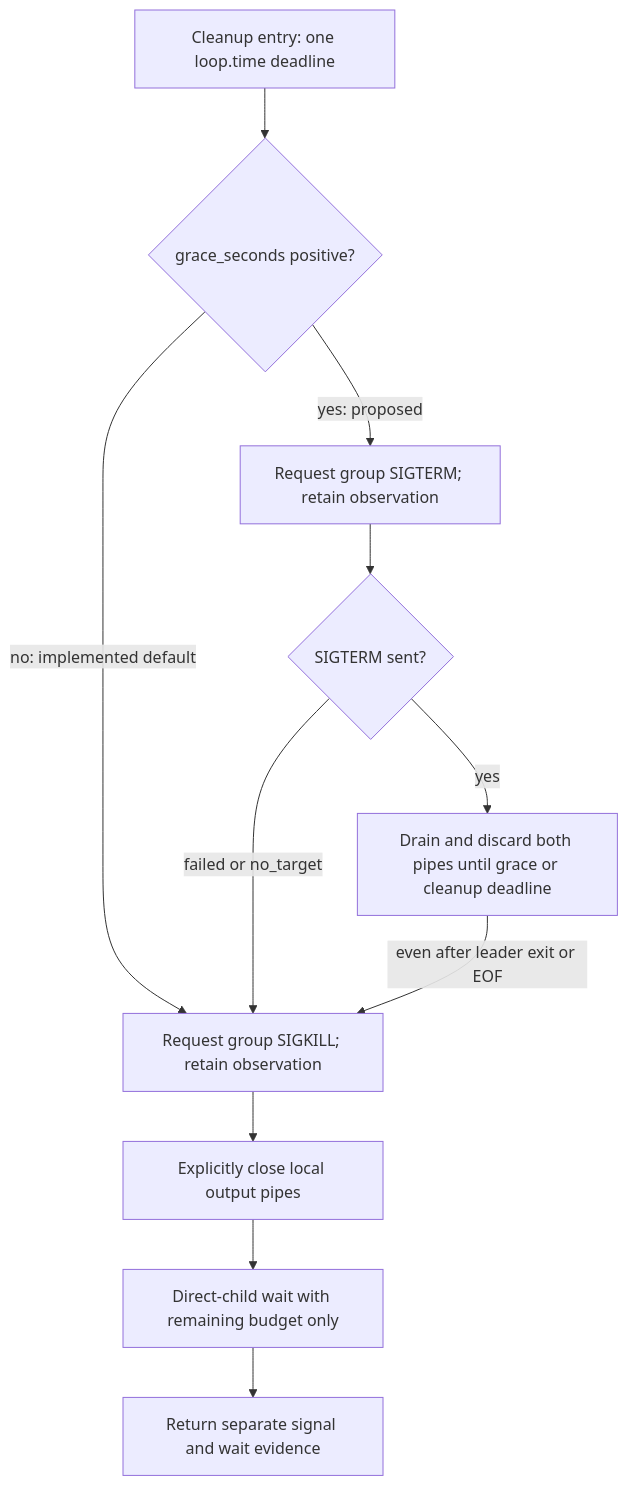
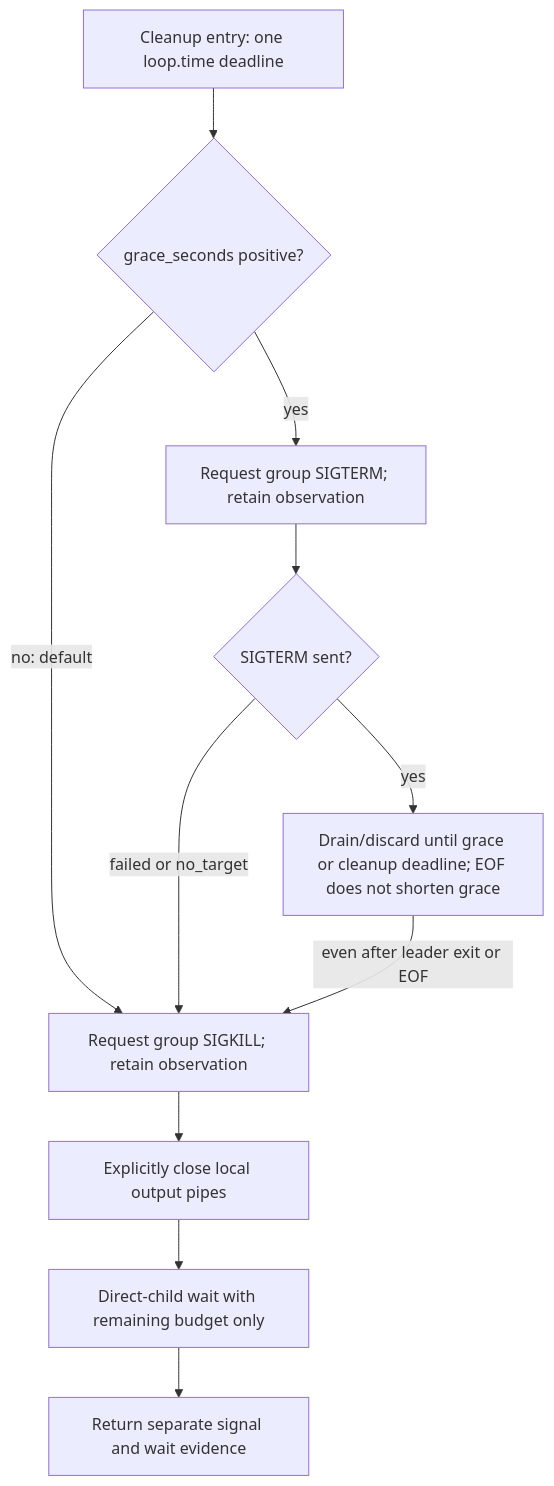
The second of 2 diagrams in doc/feat/reviewer/engineering/evaluation/process-supervisor/architecture.md (msitarz/ataraxia), drawn with Mermaid before and after one commit. The commit also changed other lines of this file and 7 other files, not shown here.

````diff
--- a/doc/feat/reviewer/engineering/evaluation/process-supervisor/architecture.md
+++ b/doc/feat/reviewer/engineering/evaluation/process-supervisor/architecture.md
@@ -281,22 +280,22 @@
 ```mermaid
 flowchart TD
     Start[Cleanup entry: one loop.time deadline]
     Grace{grace_seconds positive?}
     Term[Request group SIGTERM; retain observation]
     Sent{SIGTERM sent?}
-    Drain[Drain and discard both pipes until grace or cleanup deadline]
+    Drain[Drain/discard until grace or cleanup deadline; EOF does not shorten grace]
     Kill[Request group SIGKILL; retain observation]
     Close[Explicitly close local output pipes]
     Wait[Direct-child wait with remaining budget only]
     Evidence[Return separate signal and wait evidence]
     Start --> Grace
-    Grace -->|no: implemented default| Kill
-    Grace -->|yes: proposed| Term
+    Grace -->|no: default| Kill
+    Grace -->|yes| Term
     Term --> Sent
     Sent -->|yes| Drain
     Sent -->|failed or no_target| Kill
     Drain -->|even after leader exit or EOF| Kill
     Kill --> Close
     Close --> Wait
     Wait --> Evidence
 ```
````
